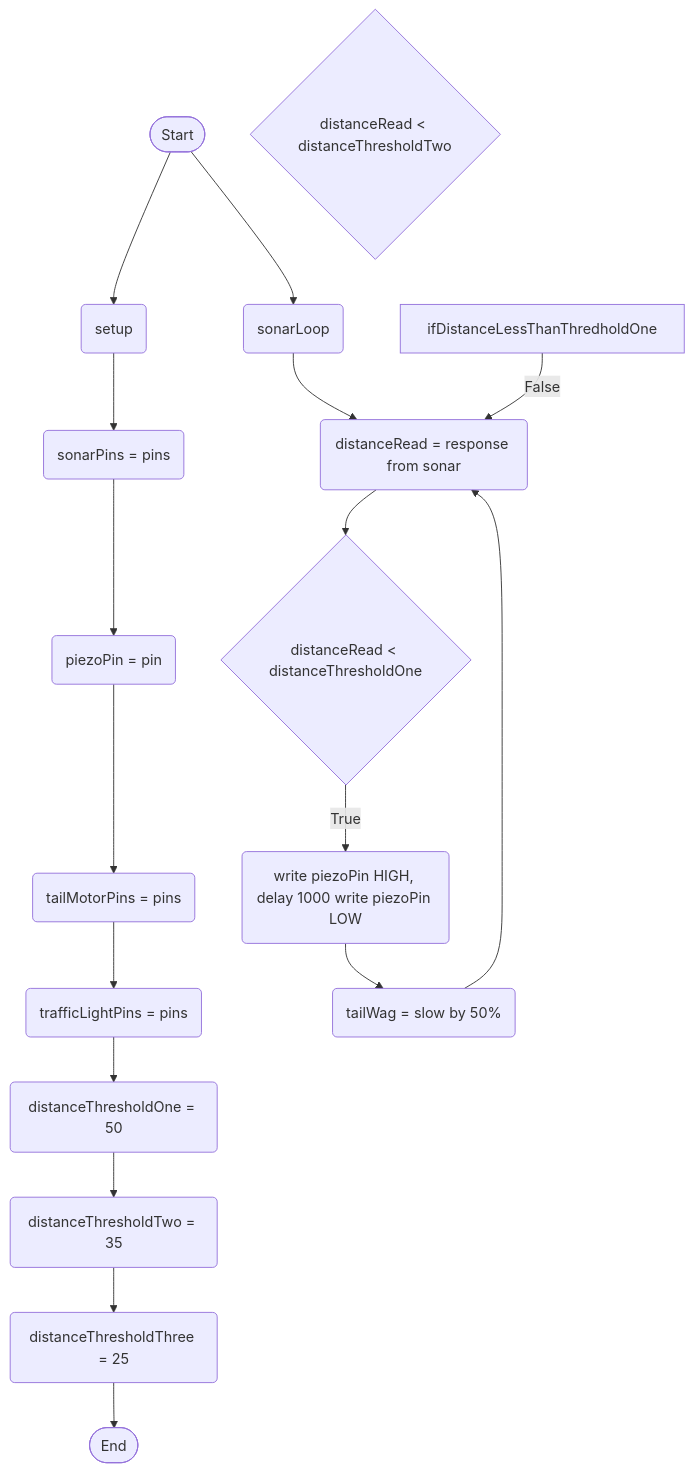
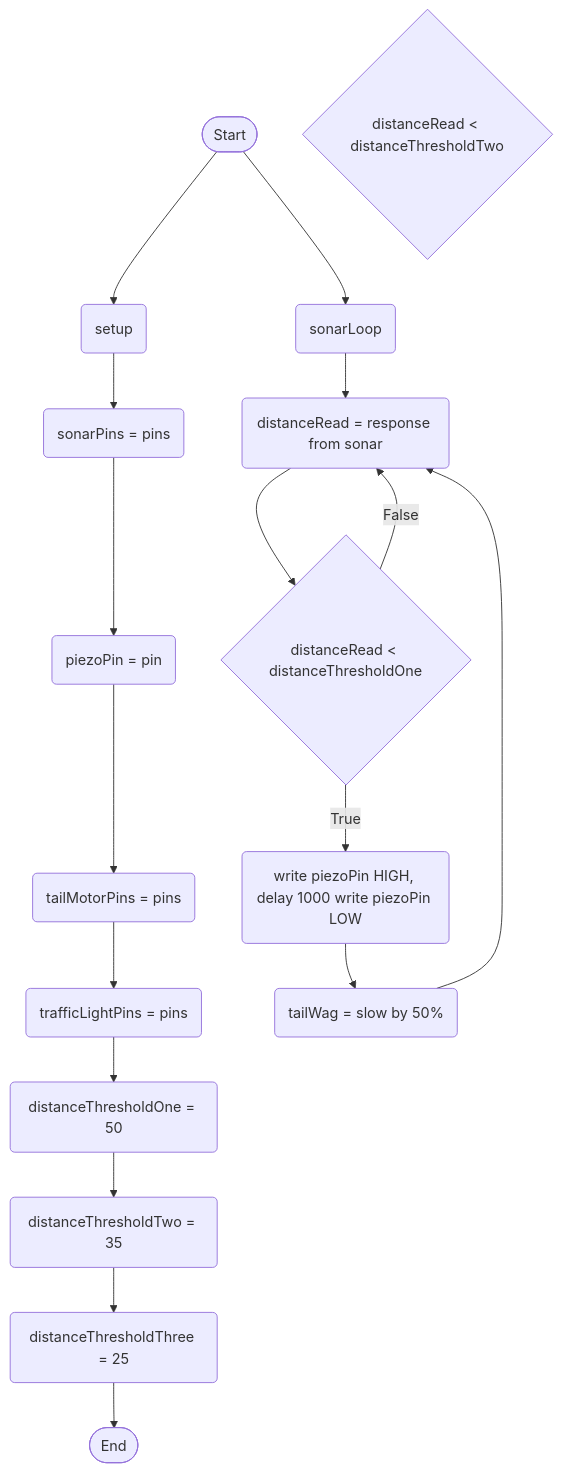
Before and after one commit to Deltace05/SmartDog: the diagram in logic.md, drawn with Mermaid.

````diff
--- a/logic.md
+++ b/logic.md
@@ -1,37 +1,37 @@
 ```mermaid
 flowchart TD
 terminalStart([Start])
 terminalEnd([End])
 setupStart(setup)
 setSonarRead(sonarPins = pins)
 setPiezoPin(piezoPin = pin)
 setTail(tailMotorPins = pins)
 setLight(trafficLightPins = pins)
 thresholdSetOne(distanceThresholdOne = 50)
 thresholdSetTwo(distanceThresholdTwo = 35)
 thresholdSetThree(distanceThresholdThree = 25)
 currentDistanceReading(distanceRead = response from sonar)
 ifDistanceLessThanThresholdOne{distanceRead < distanceThresholdOne}
 ifDistanceLessThanThresholdTwo{distanceRead < distanceThresholdTwo}
 piezoOneBuzz(write piezoPin HIGH, delay 1000 write piezoPin LOW)
 tailSlow(tailWag = slow by 50%)
 sonarStart(sonarLoop)
 
 terminalStart --> setupStart
 setupStart --> setSonarRead
 setSonarRead --> setPiezoPin
 setPiezoPin --> setTail
 setTail --> setLight
 setLight --> thresholdSetOne
 thresholdSetOne --> thresholdSetTwo
 thresholdSetTwo --> thresholdSetThree
 thresholdSetThree --> terminalEnd
 
 terminalStart --> sonarStart
 sonarStart --> currentDistanceReading
 currentDistanceReading --> ifDistanceLessThanThresholdOne
 ifDistanceLessThanThresholdOne --> |True| piezoOneBuzz
 piezoOneBuzz --> tailSlow
 tailSlow --> currentDistanceReading
-ifDistanceLessThanThredholdOne --> |False| currentDistanceReading
+ifDistanceLessThanThresholdOne --> |False| currentDistanceReading
 ```
````
